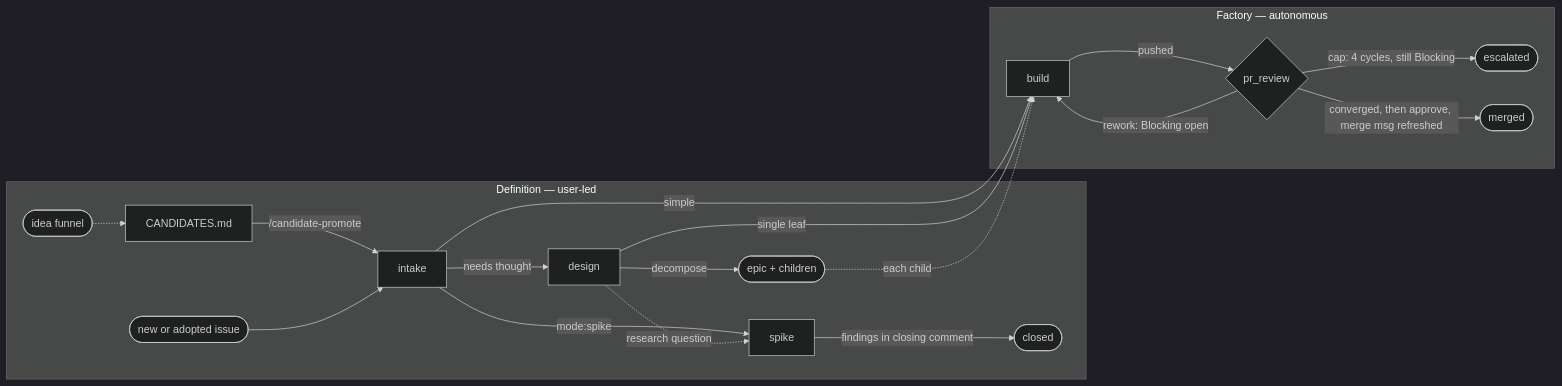
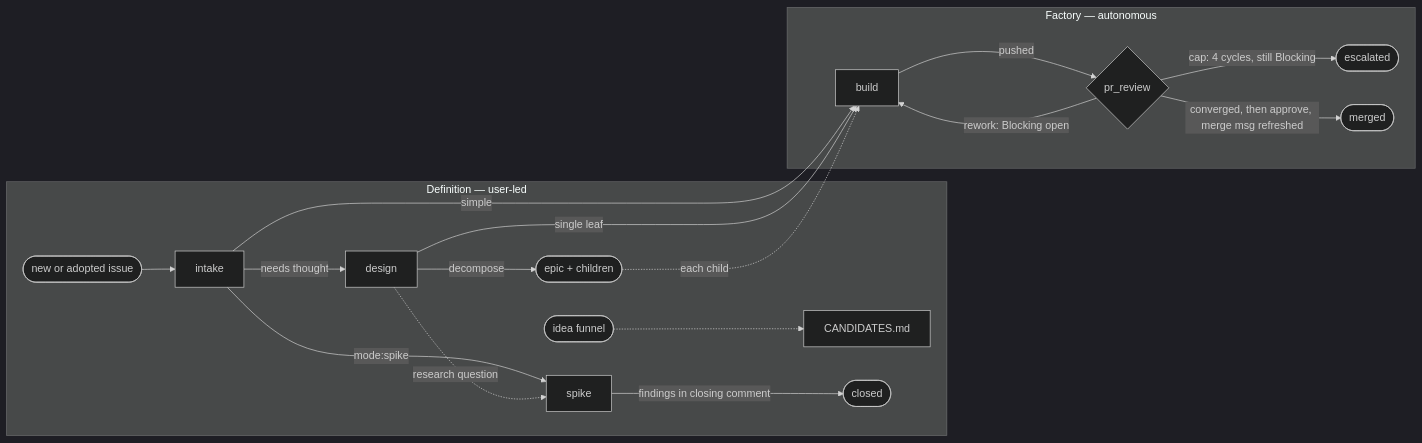
The diagram in workstreams/software-factory/docs/software-factory.md (GeoffNordling/dev-playbook), drawn with Mermaid (dark theme) before and after one commit. The commit also changed other lines of this file and 22 other files, not shown here.

````diff
--- a/workstreams/software-factory/docs/software-factory.md
+++ b/workstreams/software-factory/docs/software-factory.md
@@ -34,24 +34,23 @@
 ```mermaid
 flowchart LR
     subgraph definition[Definition — user-led]
         ideas([idea funnel]) -.-> cand[CANDIDATES.md]
-        cand -->|/candidate-promote| intake[intake]
         stub([new or adopted issue]) --> intake
         intake -->|needs thought| design[design]
         intake -->|mode:spike| spike[spike]
         design -.->|research question| spike
         design -->|decompose| epic([epic + children])
         spike -->|findings in closing comment| closed([closed])
     end
 
     subgraph factory[Factory — autonomous]
         build[build] -->|pushed| pr_review{pr_review}
         pr_review -->|rework: Blocking open| build
         pr_review -->|cap: 4 cycles, still Blocking| stuck([escalated])
         pr_review -->|converged, then approve, merge msg refreshed| done([merged])
     end
 
     intake -->|simple| build
     design -->|single leaf| build
     epic -.->|each child| build
 ```
````
